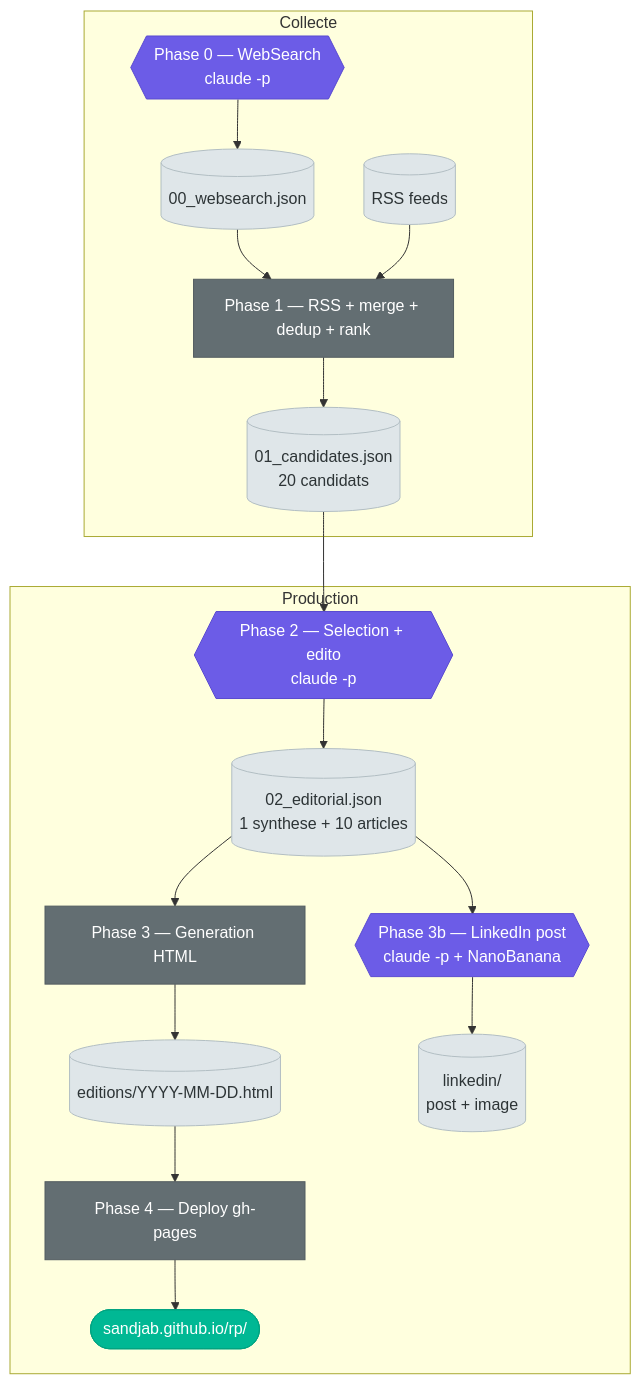
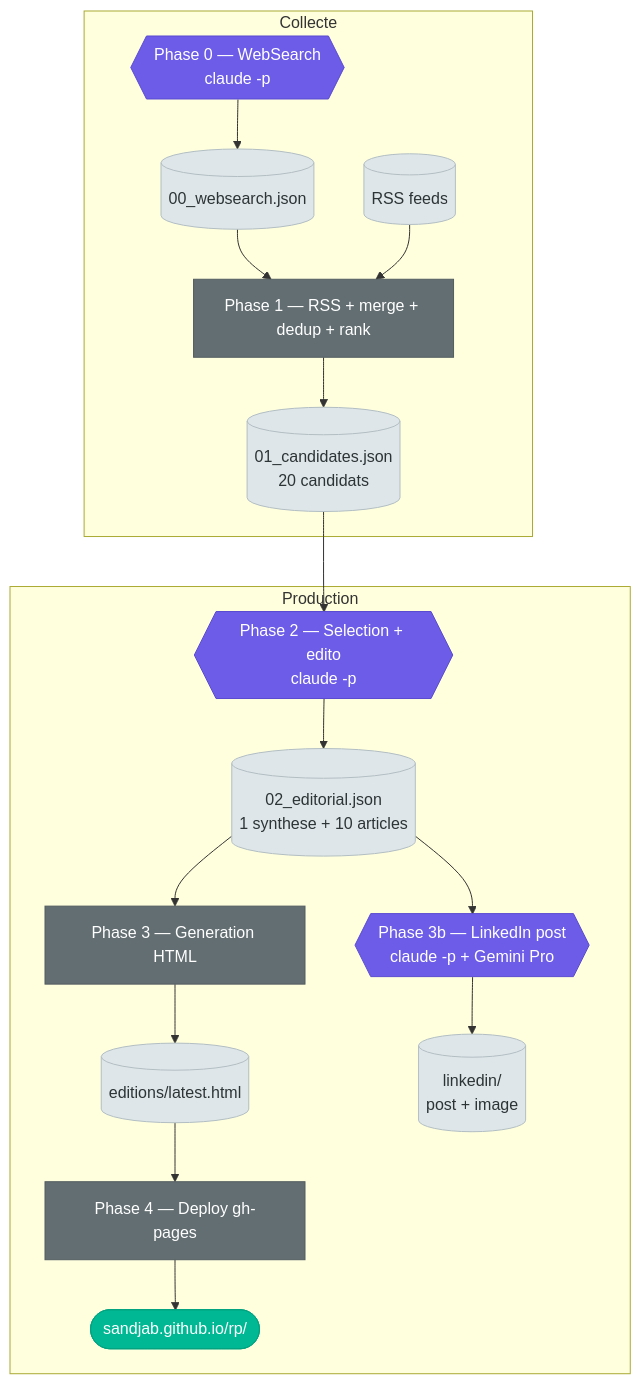
The diagram in README.md (Sandjab/rp), drawn with Mermaid before and after one commit. The commit also changed other lines of this file and 4 other files, not shown here.

First line of the commit message:
Clean gh-pages structure: remove legacy editions/{date}.html files

````diff
--- a/README.md
+++ b/README.md
@@ -9,31 +9,31 @@
 ```mermaid
 flowchart TD
     subgraph Collecte
         WS{{Phase 0 — WebSearch\nclaude -p}}
         WS --> A0[(00_websearch.json)]
         A0 --> COL[Phase 1 — RSS + merge + dedup + rank]
         RSS[(RSS feeds)] --> COL
         COL --> A1[(01_candidates.json\n20 candidats)]
     end
 
     subgraph Production
         A1 --> ED{{Phase 2 — Selection + edito\nclaude -p}}
         ED --> A2[(02_editorial.json\n1 synthese + 10 articles)]
         A2 --> GEN[Phase 3 — Generation HTML]
-        GEN --> HTML[(editions/YYYY-MM-DD.html)]
-        A2 --> LI{{Phase 3b — LinkedIn post\nclaude -p + NanoBanana}}
+        GEN --> HTML[(editions/latest.html)]
+        A2 --> LI{{Phase 3b — LinkedIn post\nclaude -p + Gemini Pro}}
         LI --> LIF[(linkedin/\npost + image)]
         HTML --> DEP[Phase 4 — Deploy gh-pages]
         DEP --> SITE([sandjab.github.io/rp/])
     end
 
     classDef llm fill:#6C5CE7,color:#fff,stroke:#5A4BD1
     classDef script fill:#636e72,color:#fff,stroke:#535c60
     classDef artifact fill:#dfe6e9,color:#2d3436,stroke:#b2bec3
     classDef site fill:#00b894,color:#fff,stroke:#00a381
 
     class WS,ED,LI llm
     class COL,GEN,DEP script
     class A0,A1,A2,HTML,RSS,LIF artifact
     class SITE site
 ```
````
